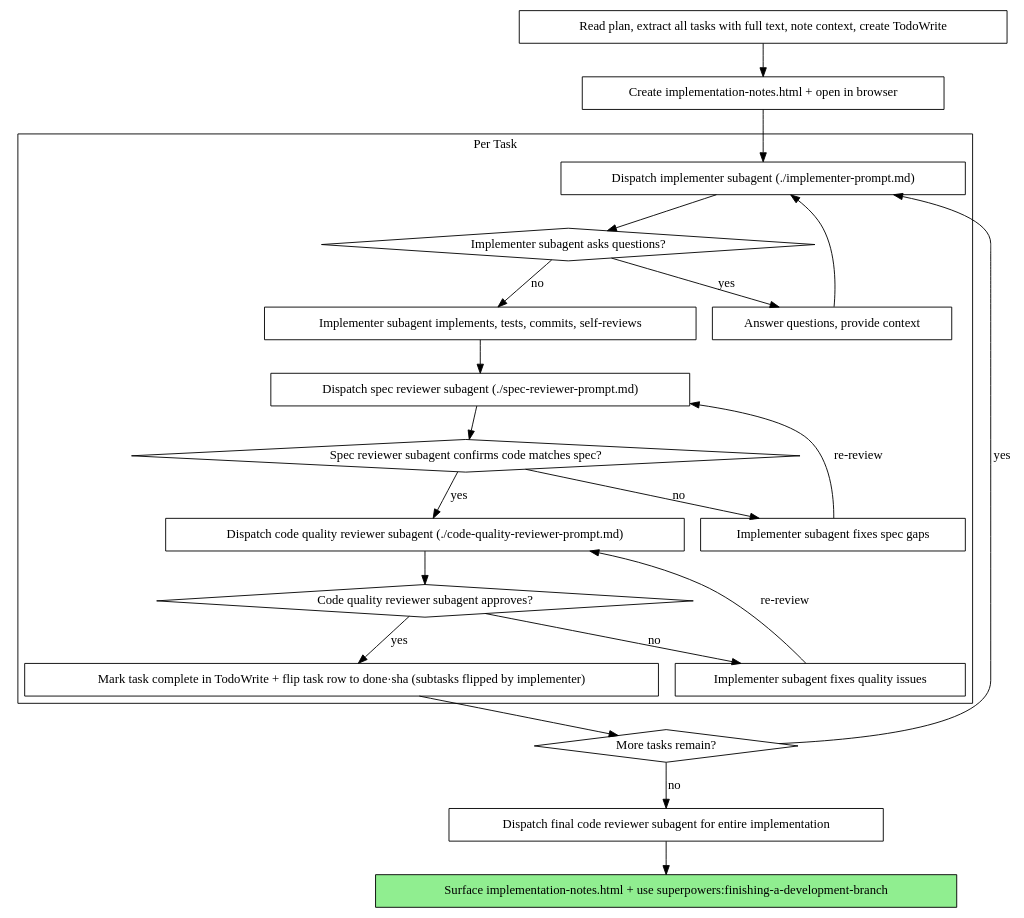
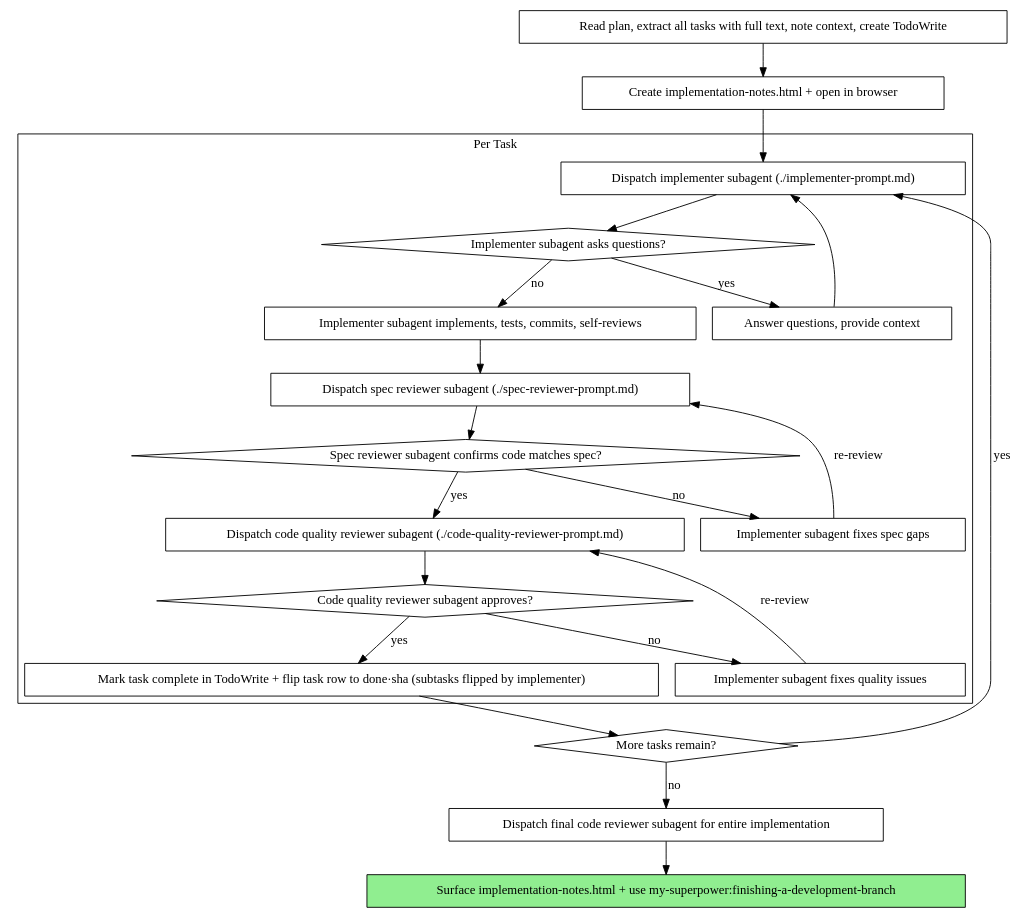
One commit to bill-atchison/mySuperpower changed the second of 2 diagrams in skills/subagent-driven-development/SKILL.md. Above: the diagram before and after it, drawn with Graphviz. The commit also changed other lines of this file and 13 other files, not shown here.

````diff
--- a/skills/subagent-driven-development/SKILL.md
+++ b/skills/subagent-driven-development/SKILL.md
@@ -72,46 +72,46 @@
 ```dot
 digraph process {
     rankdir=TB;
 
     subgraph cluster_per_task {
         label="Per Task";
         "Dispatch implementer subagent (./implementer-prompt.md)" [shape=box];
         "Implementer subagent asks questions?" [shape=diamond];
         "Answer questions, provide context" [shape=box];
         "Implementer subagent implements, tests, commits, self-reviews" [shape=box];
         "Dispatch spec reviewer subagent (./spec-reviewer-prompt.md)" [shape=box];
         "Spec reviewer subagent confirms code matches spec?" [shape=diamond];
         "Implementer subagent fixes spec gaps" [shape=box];
         "Dispatch code quality reviewer subagent (./code-quality-reviewer-prompt.md)" [shape=box];
         "Code quality reviewer subagent approves?" [shape=diamond];
         "Implementer subagent fixes quality issues" [shape=box];
         "Mark task complete in TodoWrite + flip task row to done·sha (subtasks flipped by implementer)" [shape=box];
     }
 
     "Read plan, extract all tasks with full text, note context, create TodoWrite" [shape=box];
     "Create implementation-notes.html + open in browser" [shape=box];
     "More tasks remain?" [shape=diamond];
     "Dispatch final code reviewer subagent for entire implementation" [shape=box];
-    "Surface implementation-notes.html + use superpowers:finishing-a-development-branch" [shape=box style=filled fillcolor=lightgreen];
+    "Surface implementation-notes.html + use my-superpower:finishing-a-development-branch" [shape=box style=filled fillcolor=lightgreen];
 
     "Read plan, extract all tasks with full text, note context, create TodoWrite" -> "Create implementation-notes.html + open in browser";
     "Create implementation-notes.html + open in browser" -> "Dispatch implementer subagent (./implementer-prompt.md)";
     "Dispatch implementer subagent (./implementer-prompt.md)" -> "Implementer subagent asks questions?";
     "Implementer subagent asks questions?" -> "Answer questions, provide context" [label="yes"];
     "Answer questions, provide context" -> "Dispatch implementer subagent (./implementer-prompt.md)";
     "Implementer subagent asks questions?" -> "Implementer subagent implements, tests, commits, self-reviews" [label="no"];
     "Implementer subagent implements, tests, commits, self-reviews" -> "Dispatch spec reviewer subagent (./spec-reviewer-prompt.md)";
     "Dispatch spec reviewer subagent (./spec-reviewer-prompt.md)" -> "Spec reviewer subagent confirms code matches spec?";
     "Spec reviewer subagent confirms code matches spec?" -> "Implementer subagent fixes spec gaps" [label="no"];
     "Implementer subagent fixes spec gaps" -> "Dispatch spec reviewer subagent (./spec-reviewer-prompt.md)" [label="re-review"];
     "Spec reviewer subagent confirms code matches spec?" -> "Dispatch code quality reviewer subagent (./code-quality-reviewer-prompt.md)" [label="yes"];
     "Dispatch code quality reviewer subagent (./code-quality-reviewer-prompt.md)" -> "Code quality reviewer subagent approves?";
     "Code quality reviewer subagent approves?" -> "Implementer subagent fixes quality issues" [label="no"];
     "Implementer subagent fixes quality issues" -> "Dispatch code quality reviewer subagent (./code-quality-reviewer-prompt.md)" [label="re-review"];
     "Code quality reviewer subagent approves?" -> "Mark task complete in TodoWrite + flip task row to done·sha (subtasks flipped by implementer)" [label="yes"];
     "Mark task complete in TodoWrite + flip task row to done·sha (subtasks flipped by implementer)" -> "More tasks remain?";
     "More tasks remain?" -> "Dispatch implementer subagent (./implementer-prompt.md)" [label="yes"];
     "More tasks remain?" -> "Dispatch final code reviewer subagent for entire implementation" [label="no"];
-    "Dispatch final code reviewer subagent for entire implementation" -> "Surface implementation-notes.html + use superpowers:finishing-a-development-branch";
+    "Dispatch final code reviewer subagent for entire implementation" -> "Surface implementation-notes.html + use my-superpower:finishing-a-development-branch";
 }
 ```
````
